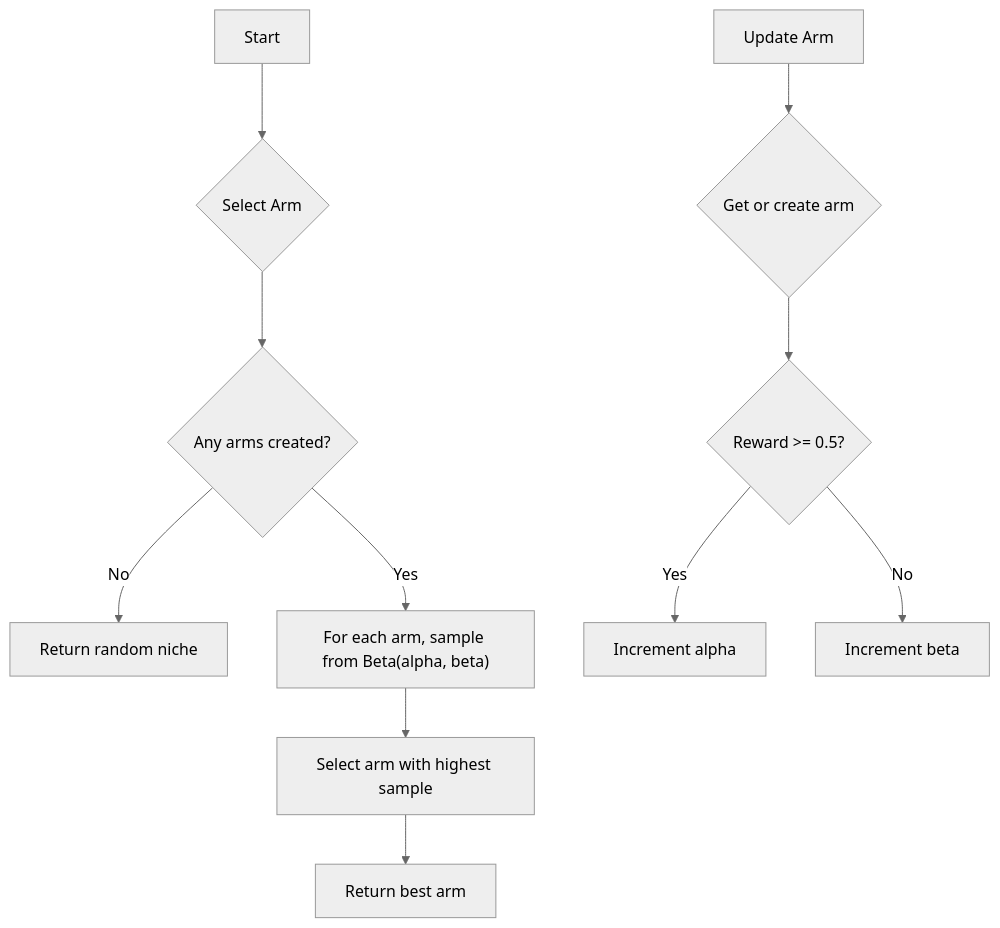
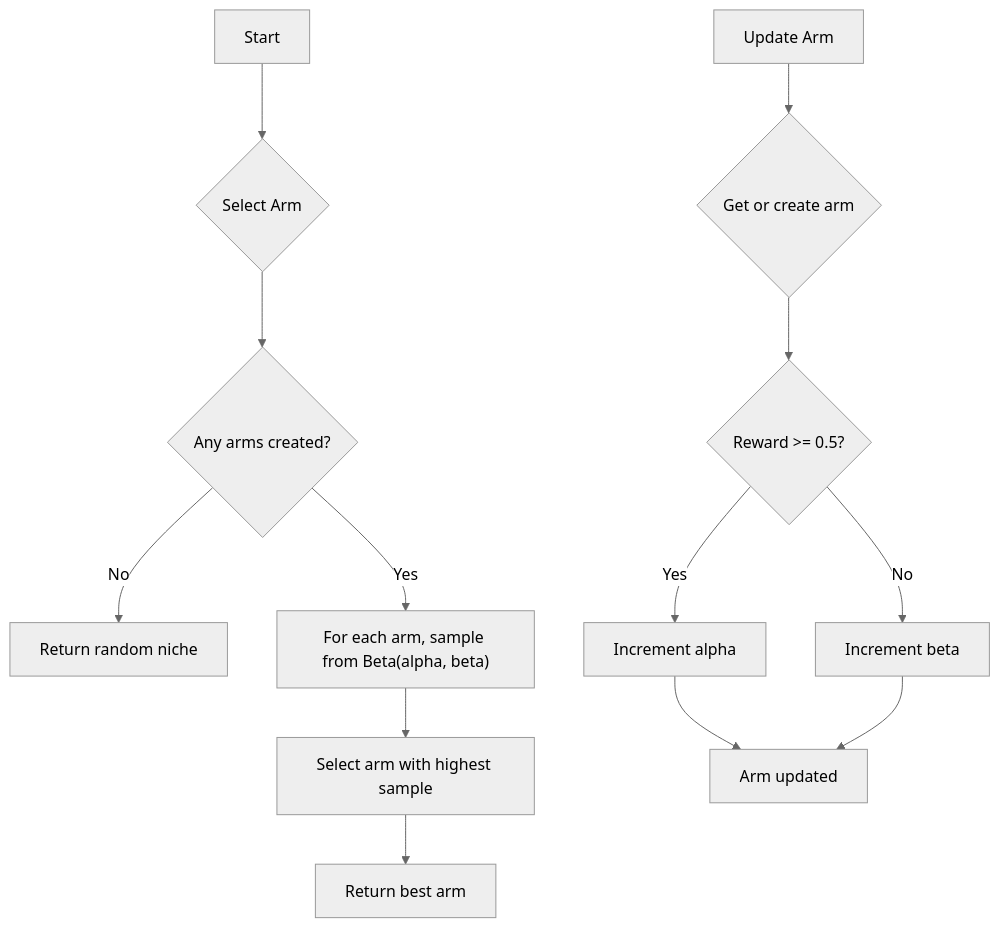
The diagram in bandit/README.md (Keyhole-Koro/snackTraveler), drawn with Mermaid (neutral theme) before and after one commit. The commit also changed 2 other files, not shown here.

Commit message:
fix: Update flow diagrams in README files for clarity and consistency

````diff
--- a/bandit/README.md
+++ b/bandit/README.md
@@ -3,14 +3,16 @@
 ```mermaid
 graph TD
     A[Start] --> B{Select Arm};
     B --> C{Any arms created?};
     C -- No --> D[Return random niche];
     C -- Yes --> E["For each arm, sample from Beta(alpha, beta)"];
     E --> F[Select arm with highest sample];
     F --> G[Return best arm];
     
     H[Update Arm] --> I{Get or create arm};
     I --> J{Reward >= 0.5?};
     J -- Yes --> K[Increment alpha];
     J -- No --> L[Increment beta];
+    K --> M[Arm updated];
+    L --> M;
 ```
````
